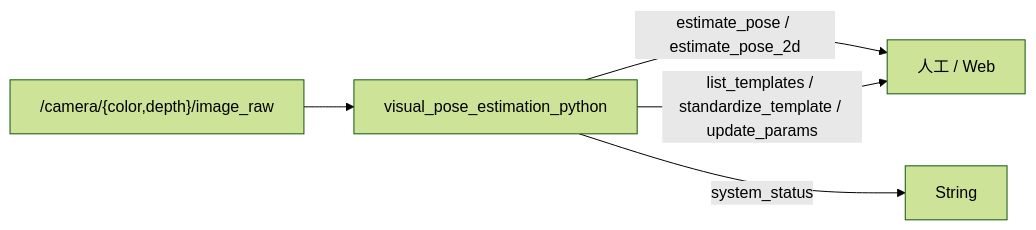
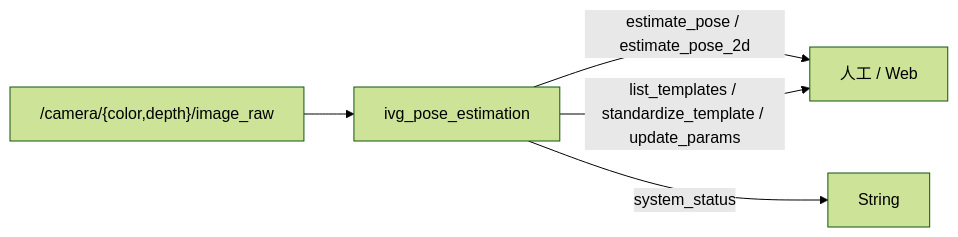
Before and after one commit to MUHAN11-c/aubo_boot: diagram 11 of 12 in docs/io.md, drawn with Mermaid (forest theme). The commit also changed other lines of this file and 423 other files, not shown here.

````diff
--- a/docs/io.md
+++ b/docs/io.md
@@ -619,7 +623,7 @@
 ```mermaid
 flowchart LR
-  cam["/camera/{color,depth}/image_raw"] --> node["visual_pose_estimation_python"]
+  cam["/camera/{color,depth}/image_raw"] --> node["ivg_pose_estimation"]
   node -->|"estimate_pose / estimate_pose_2d"| caller["人工 / Web"]
   node -->|"list_templates / standardize_template / update_params"| caller
   node -->|"system_status"| log["String"]
 ```
````
